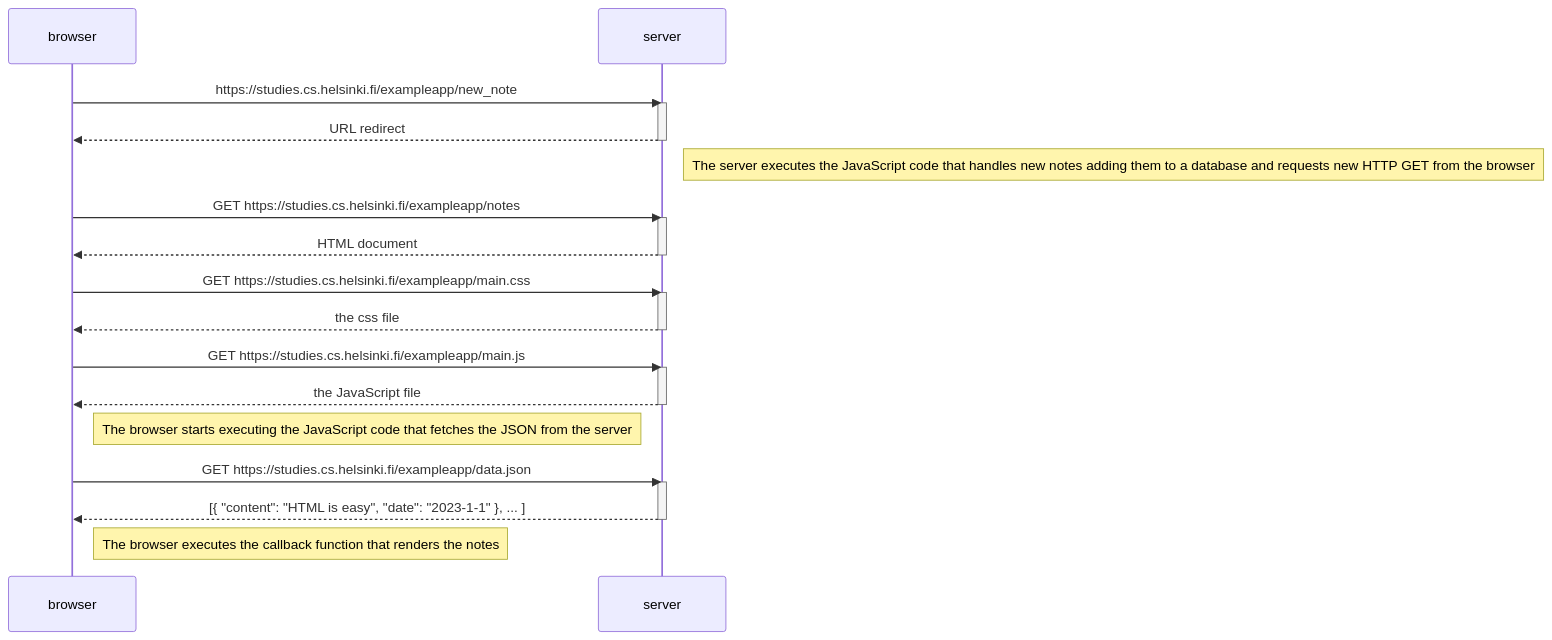
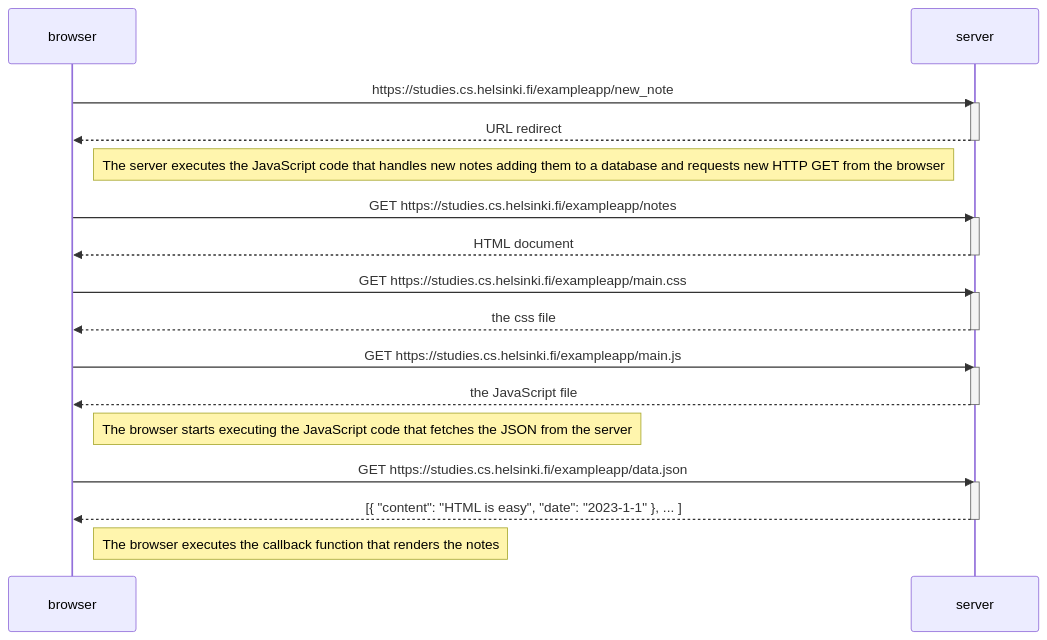
One commit to itaminoko/fullstackopen- changed the diagram in part0/0.4: New note diagram.md. Above: the diagram before and after it, drawn with Mermaid.

Commit message:
Update 0.4: New note diagram.md

````diff
--- a/part0/0.4: New note diagram.md
+++ b/part0/0.4: New note diagram.md
@@ -1,43 +1,42 @@
 ```mermaid 
 sequenceDiagram
 
 participant browser
 participant server 
 
 browser->>server: https://studies.cs.helsinki.fi/exampleapp/new_note
 activate server
 server-->>browser: URL redirect 
 deactivate server 
 
-Note right of server: The server executes the JavaScript code that handles new notes adding them to a database and requests new HTTP GET from the browser
-
+Note left of server: The server executes the JavaScript code that handles new notes adding them to a database and requests new HTTP GET from the browser
 
 browser->>server: GET https://studies.cs.helsinki.fi/exampleapp/notes
 activate server
 server-->>browser: HTML document
 deactivate server
 
 browser->>server: GET https://studies.cs.helsinki.fi/exampleapp/main.css
 activate server
 server-->>browser: the css file
 deactivate server
 
 browser->>server: GET https://studies.cs.helsinki.fi/exampleapp/main.js
 activate server
 server-->>browser: the JavaScript file
 deactivate server
 
 Note right of browser: The browser starts executing the JavaScript code that fetches the JSON from the server
 
 browser->>server: GET https://studies.cs.helsinki.fi/exampleapp/data.json
 activate server
 server-->>browser: [{ "content": "HTML is easy", "date": "2023-1-1" }, ... ]
 deactivate server
 
 Note right of browser: The browser executes the callback function that renders the notes
 
 
 
 
 
 ```
````
